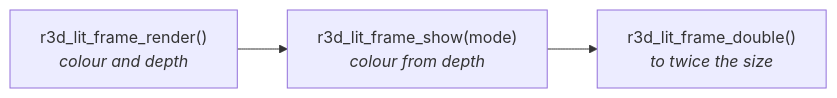
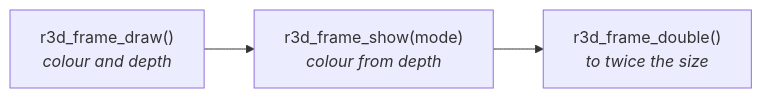
The third of 3 diagrams in docs/Mesh-Rendering.md (jose-villegas/autana), drawn with Mermaid before and after one commit. The commit also changed other lines of this file and 46 other files, not shown here.

Commit message:
render: r3d.h is the scene's one header - one camera, r3d_frame_*, internals behind r3d_pipeline.h

````diff
--- a/docs/Mesh-Rendering.md
+++ b/docs/Mesh-Rendering.md
@@ -91,5 +121,5 @@
 ```mermaid
 flowchart LR
-    Render["r3d_lit_frame_render()<br/><i>colour and depth</i>"] --> Show
-    Show["r3d_lit_frame_show(mode)<br/><i>colour from depth</i>"] --> Double["r3d_lit_frame_double()<br/><i>to twice the size</i>"]
+    Render["r3d_frame_draw()<br/><i>colour and depth</i>"] --> Show
+    Show["r3d_frame_show(mode)<br/><i>colour from depth</i>"] --> Double["r3d_frame_double()<br/><i>to twice the size</i>"]
 ```
````
